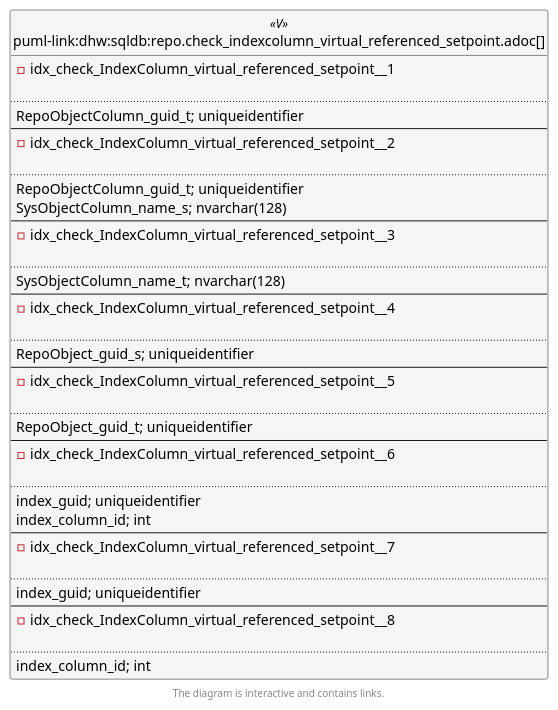
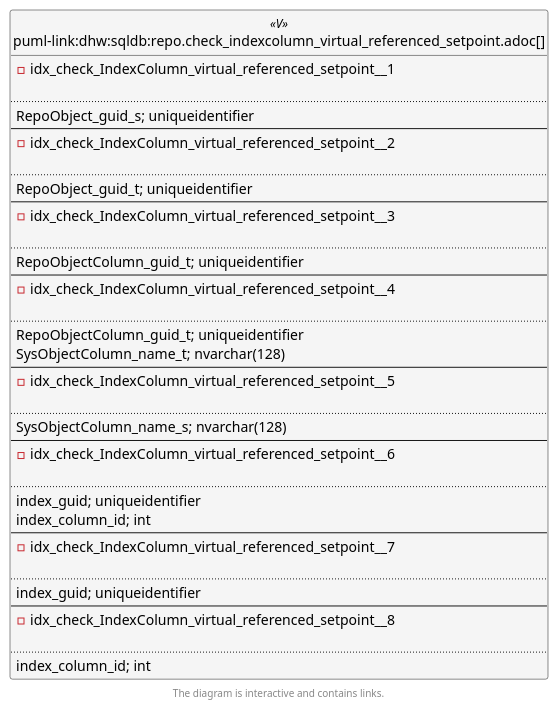
Before and after one commit to DataHandwerk/dhw-antora-sqldb: the second of 6 diagrams in docs/modules/sqldb/partials/content/repo.check_indexcolumn_virtual_referenced_setpoint.adoc, drawn with PlantUML. The commit also changed other lines of this file and 701 other files, not shown here.

```diff
--- a/docs/modules/sqldb/partials/content/repo.check_indexcolumn_virtual_referenced_setpoint.adoc
+++ b/docs/modules/sqldb/partials/content/repo.check_indexcolumn_virtual_referenced_setpoint.adoc
@@ -921,80 +921,80 @@
 [plantuml, entity_1_1_fk-{docname}, svg, subs=macros]
 ....
 @startuml
 left to right direction
 'top to bottom direction
 hide circle
 'avoide "." issues:
 set namespaceSeparator none
 
 
 skinparam class {
   BackgroundColor White
   BackgroundColor<<FN>> Yellow
   BackgroundColor<<FS>> Yellow
   BackgroundColor<<FT>> LightGray
   BackgroundColor<<IF>> Yellow
   BackgroundColor<<IS>> Yellow
   BackgroundColor<<P>>  Aqua
   BackgroundColor<<PC>> Aqua
   BackgroundColor<<SN>> Yellow
   BackgroundColor<<SO>> SlateBlue
   BackgroundColor<<TF>> LightGray
   BackgroundColor<<TR>> Tomato
   BackgroundColor<<U>>  White
   BackgroundColor<<V>>  WhiteSmoke
   BackgroundColor<<X>>  Aqua
   BackgroundColor<<external>> AliceBlue
 }
 
 
 entity "puml-link:dhw:sqldb:repo.check_indexcolumn_virtual_referenced_setpoint.adoc[]" as repo.check_IndexColumn_virtual_referenced_setpoint << V >> {
 - idx_check_IndexColumn_virtual_referenced_setpoint__1
 
 ..
-RepoObjectColumn_guid_t; uniqueidentifier
+RepoObject_guid_s; uniqueidentifier
 --
 - idx_check_IndexColumn_virtual_referenced_setpoint__2
 
 ..
-RepoObjectColumn_guid_t; uniqueidentifier
-SysObjectColumn_name_s; nvarchar(128)
+RepoObject_guid_t; uniqueidentifier
 --
 - idx_check_IndexColumn_virtual_referenced_setpoint__3
 
 ..
-SysObjectColumn_name_t; nvarchar(128)
+RepoObjectColumn_guid_t; uniqueidentifier
 --
 - idx_check_IndexColumn_virtual_referenced_setpoint__4
 
 ..
-RepoObject_guid_s; uniqueidentifier
+RepoObjectColumn_guid_t; uniqueidentifier
+SysObjectColumn_name_t; nvarchar(128)
 --
 - idx_check_IndexColumn_virtual_referenced_setpoint__5
 
 ..
-RepoObject_guid_t; uniqueidentifier
+SysObjectColumn_name_s; nvarchar(128)
 --
 - idx_check_IndexColumn_virtual_referenced_setpoint__6
 
 ..
 index_guid; uniqueidentifier
 index_column_id; int
 --
 - idx_check_IndexColumn_virtual_referenced_setpoint__7
 
 ..
 index_guid; uniqueidentifier
 --
 - idx_check_IndexColumn_virtual_referenced_setpoint__8
 
 ..
 index_column_id; int
 }
 
 
 
 footer The diagram is interactive and contains links.
 
 @enduml
 ....
```
